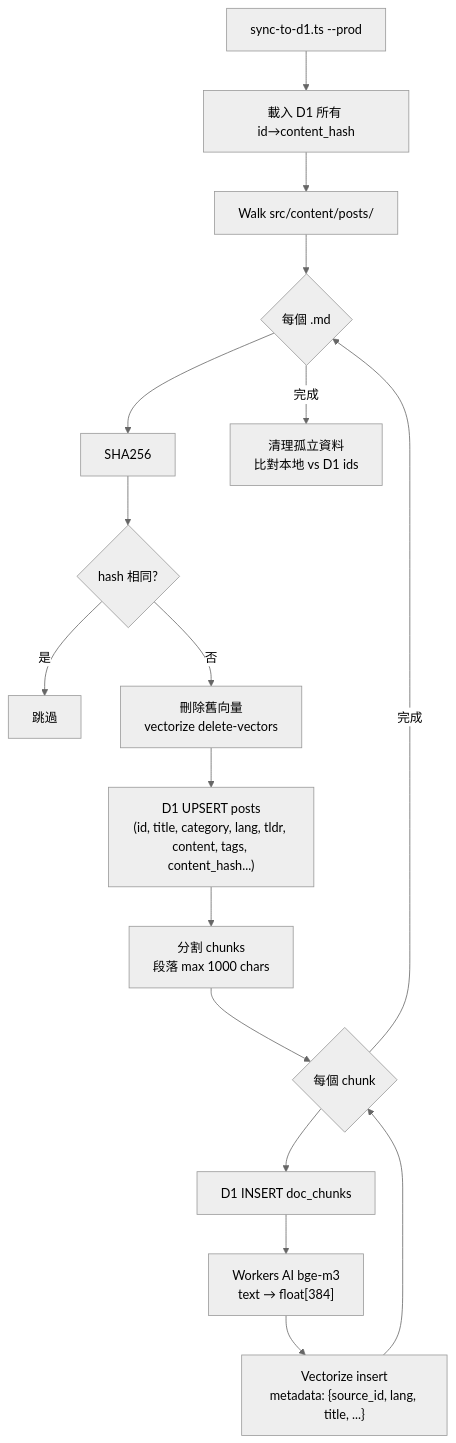
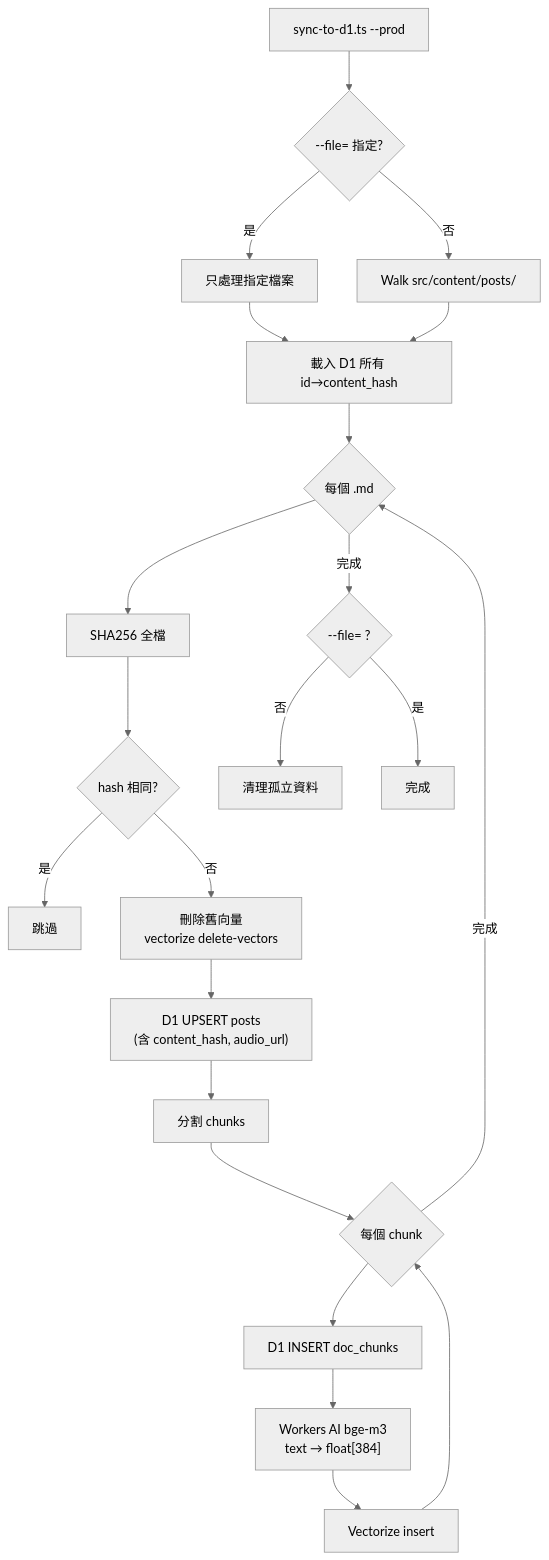
The third of 3 diagrams in docs/ingest.md (a920604a/engineernews), drawn with Mermaid (neutral theme) before and after one commit. The commit also changed other lines of this file and 5 other files, not shown here.

Commit message:
feat: add tts-post target to Makefile and enhance sync functionality for individual posts

````diff
--- a/docs/ingest.md
+++ b/docs/ingest.md
@@ -138,19 +145,24 @@
 ```mermaid
 flowchart TD
-  Start[sync-to-d1.ts --prod] --> LoadHashes[載入 D1 所有 id→content_hash]
-  LoadHashes --> Walk[Walk src/content/posts/]
-  Walk --> Each{每個 .md}
-  Each --> Hash[SHA256]
+  Start[sync-to-d1.ts --prod] --> FileArg{--file= 指定?}
+  FileArg -->|是| Single[只處理指定檔案]
+  FileArg -->|否| Walk[Walk src/content/posts/]
+  Single --> LoadHashes[載入 D1 所有 id→content_hash]
+  Walk --> LoadHashes
+  LoadHashes --> Each{每個 .md}
+  Each --> Hash[SHA256 全檔]
   Hash --> Same{hash 相同?}
   Same -->|是| Skip[跳過]
   Same -->|否| DelVec[刪除舊向量\nvectorize delete-vectors]
-  DelVec --> Upsert["D1 UPSERT posts<br/>(id, title, category, lang, tldr, content, tags, content_hash...)"]
-  Upsert --> Chunks[分割 chunks\n段落 max 1000 chars]
+  DelVec --> Upsert["D1 UPSERT posts<br/>(含 content_hash, audio_url)"]
+  Upsert --> Chunks[分割 chunks]
   Chunks --> EachChunk{每個 chunk}
   EachChunk --> D1Chunk[D1 INSERT doc_chunks]
-  D1Chunk --> Embed["Workers AI bge-m3<br/>text → float[384]"]
-  Embed --> VecInsert["Vectorize insert<br/>metadata: {source_id, lang, title, ...}"]
+  D1Chunk --> Embed["Workers AI bge-m3\ntext → float[384]"]
+  Embed --> VecInsert["Vectorize insert"]
   VecInsert --> EachChunk
   EachChunk -->|完成| Each
-  Each -->|完成| Orphan[清理孤立資料\n比對本地 vs D1 ids]
+  Each -->|完成| OrphanCheck{--file= ?}
+  OrphanCheck -->|否| Orphan[清理孤立資料]
+  OrphanCheck -->|是| Done[完成]
 ```
````
